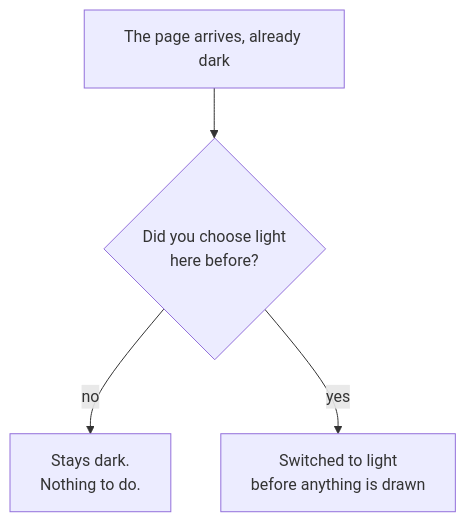
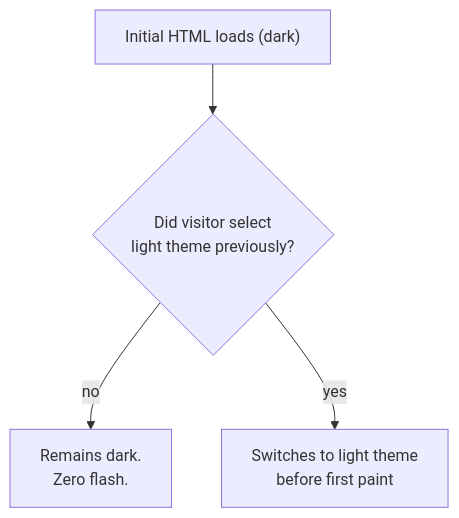
The seventh of 8 diagrams in README.md (Srinivasan-78/srinivasan-78.github.io), drawn with Mermaid before and after one commit. The commit also changed other lines of this file, not shown here.

Commit message:
Update README.md to reflect enhanced portfolio details and clarify project architecture

````diff
--- a/README.md
+++ b/README.md
@@ -330,6 +276,6 @@
 ```mermaid
 flowchart TD
-    A["The page arrives, already dark"] --> B{"Did you choose light<br/>here before?"}
-    B -- "no" --> C["Stays dark.<br/>Nothing to do."]
-    B -- "yes" --> D["Switched to light<br/>before anything is drawn"]
+    A["Initial HTML loads (dark)"] --> B{"Did visitor select<br/>light theme previously?"}
+    B -- "no" --> C["Remains dark.<br/>Zero flash."]
+    B -- "yes" --> D["Switches to light theme<br/>before first paint"]
 ```
````
